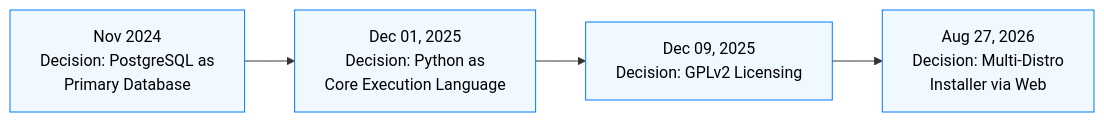
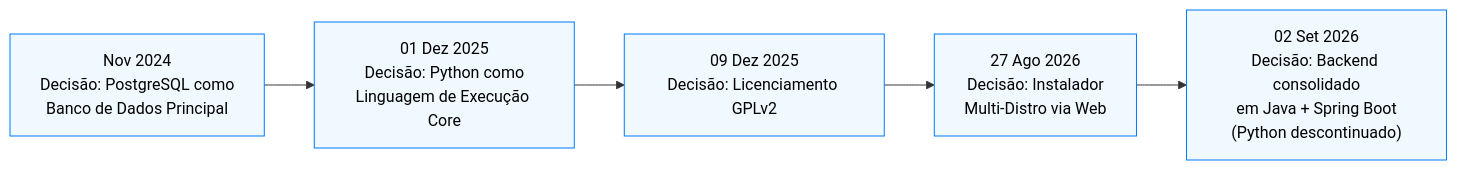
Before and after one commit to euripedesdark/astral-plataform-hci: the third of 5 diagrams in projectupdates.md, drawn with Mermaid. The commit also changed other lines of this file, not shown here.

````diff
--- a/projectupdates.md
+++ b/projectupdates.md
@@ -145,19 +160,22 @@
 ```mermaid
 flowchart LR
-    D1["Nov 2024<br/>Decision: PostgreSQL as<br/>Primary Database"] 
-    D2["Dec 01, 2025<br/>Decision: Python as<br/>Core Execution Language"]
-    D3["Dec 09, 2025<br/>Decision: GPLv2 Licensing"]
-    D4["Aug 27, 2026<br/>Decision: Multi-Distro<br/>Installer via Web"]
+    D1["Nov 2024<br/>Decisão: PostgreSQL como<br/>Banco de Dados Principal"]
+    D2["01 Dez 2025<br/>Decisão: Python como<br/>Linguagem de Execução Core"]
+    D3["09 Dez 2025<br/>Decisão: Licenciamento GPLv2"]
+    D4["27 Ago 2026<br/>Decisão: Instalador<br/>Multi-Distro via Web"]
+    D5["02 Set 2026<br/>Decisão: Backend consolidado<br/>em Java + Spring Boot<br/>(Python descontinuado)"]
 
     D1 --> D2
     D2 --> D3
     D3 --> D4
+    D4 --> D5
 
-    click D1 "Context: ACID compliance, Open Source. Replaced SQL Server."
-    click D2 "Context: Sysadmin friendly, mature libraries."
-    click D3 "Context: Software freedom, anti-vendor lock-in."
-    click D4 "Context: Simplify setup across Debian, RHEL, Arch without manual intervention."
+    click D1 "Contexto: conformidade ACID, código aberto. Substituiu o SQL Server."
+    click D2 "Contexto: familiar a sysadmins, bibliotecas maduras."
+    click D3 "Contexto: liberdade de software, anti vendor lock-in."
+    click D4 "Contexto: simplificar a configuração em Debian, RHEL e Arch sem intervenção manual."
+    click D5 "Contexto: um único runtime e modelo de deploy para toda a plataforma (UI, orquestração e módulos como o Firewall), eliminando a duplicidade entre o serviço Python planejado e o Spring Boot já em produção."
 
     classDef decisions fill:#f0f9ff,stroke:#007bff,color:#000;
-    class D1,D2,D3,D4 decisions;
+    class D1,D2,D3,D4,D5 decisions;
 ```
````
